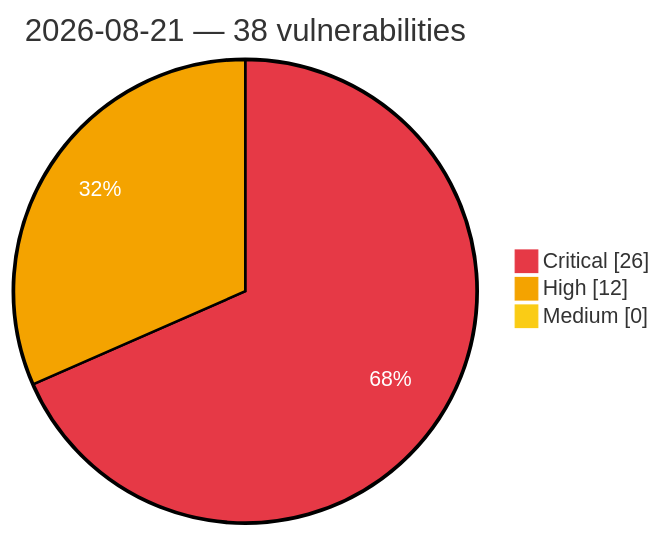
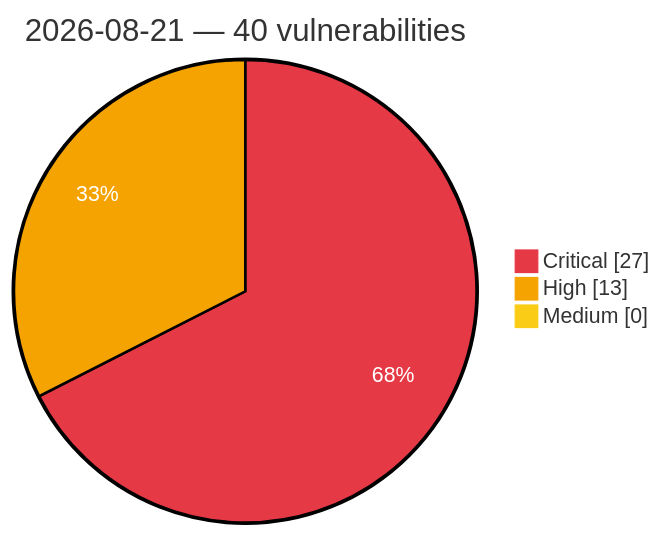
One commit to GhostX0X/vuln-tracker changed the diagram in vulnerabilities/2026/August/2026-08-21.md. Above: the diagram before and after it, drawn with Mermaid. The commit also changed other lines of this file and 5 other files, not shown here.

Commit message:
Auto update: critical/high vulns (2026-08-21 17:05 UTC)

````diff
--- a/vulnerabilities/2026/August/2026-08-21.md
+++ b/vulnerabilities/2026/August/2026-08-21.md
@@ -3,8 +3,8 @@
 ```mermaid
 %%{init: {'theme':'base', 'themeVariables': {'pie1':'#e63946', 'pie2':'#f4a300', 'pie3':'#facc15', 'pieOpacity':'1', 'pieOuterStrokeWidth':'2px', 'pieSectionTextColor':'#ffffff'}}}%%
 pie showData
-    title 2026-08-21 — 38 vulnerabilities
-    "Critical" : 26
-    "High" : 12
+    title 2026-08-21 — 40 vulnerabilities
+    "Critical" : 27
+    "High" : 13
     "Medium" : 0
 ```
````
